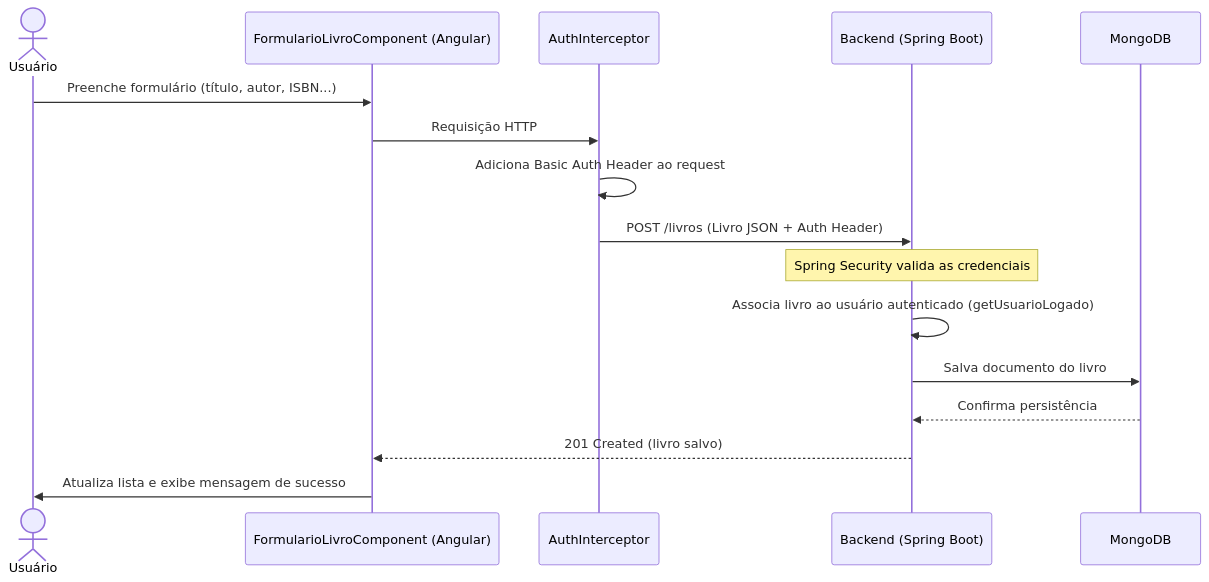
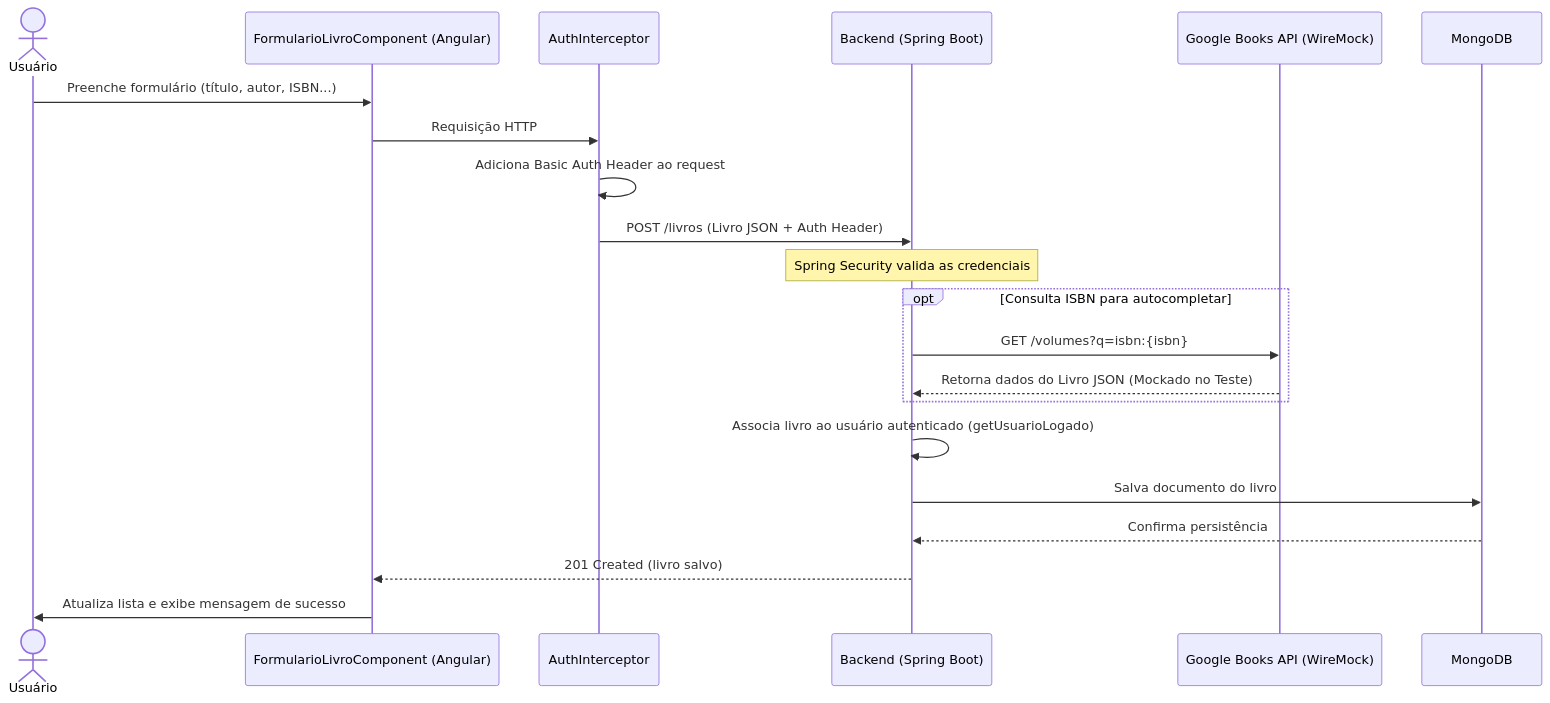
Before and after one commit to Alex-sampaio-lima/Projeto-Q.A: the fifth of 7 diagrams in Diagrama UML.md, drawn with Mermaid. The commit also changed other lines of this file and 6 other files, not shown here.

````diff
--- a/Diagrama UML.md
+++ b/Diagrama UML.md
@@ -71,22 +178,28 @@
 ```mermaid
 sequenceDiagram
     actor Usuario as Usuário
     participant Front as FormularioLivroComponent (Angular)
     participant Interceptor as AuthInterceptor
     participant Back as Backend (Spring Boot)
+    participant Ext as Google Books API (WireMock)
     participant DB as MongoDB
 
     Usuario->>Front: Preenche formulário (título, autor, ISBN...)
     Front->>Interceptor: Requisição HTTP
     Interceptor->>Interceptor: Adiciona Basic Auth Header ao request
     Interceptor->>Back: POST /livros (Livro JSON + Auth Header)
 
     Note over Back: Spring Security valida as credenciais
+    
+    opt Consulta ISBN para autocompletar
+        Back->>Ext: GET /volumes?q=isbn:{isbn}
+        Ext-->>Back: Retorna dados do Livro JSON (Mockado no Teste)
+    end
 
     Back->>Back: Associa livro ao usuário autenticado (getUsuarioLogado)
     Back->>DB: Salva documento do livro
     DB-->>Back: Confirma persistência
 
     Back-->>Front: 201 Created (livro salvo)
     Front->>Usuario: Atualiza lista e exibe mensagem de sucesso
 ```
````
